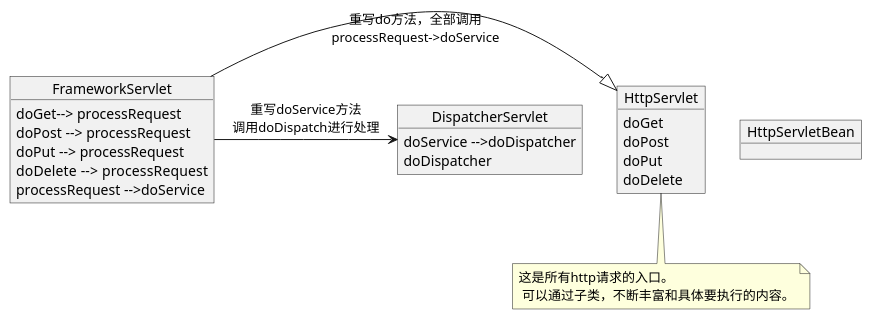
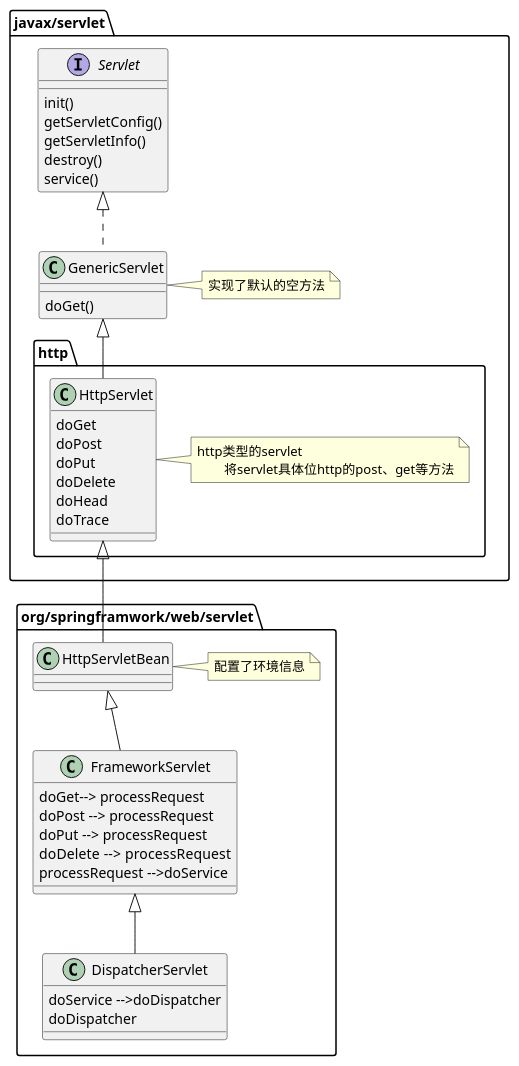
The diagram in Spring/Springboot/06 web开发.md (Estom/notes), drawn with PlantUML before and after one commit. The commit also changed other lines of this file and 30 other files, not shown here.

````diff
--- a/Spring/Springboot/06 web开发.md
+++ b/Spring/Springboot/06 web开发.md
@@ -11,39 +326,63 @@
 ```plantuml
 @startuml
 
-object HttpServlet{
-    doGet
-    doPost
-    doPut
-    doDelete
-}
-note bottom : 这是所有http请求的入口。\
-\n 可以通过子类，不断丰富和具体要执行的内容。
+package javax/servlet{
 
+    interface Servlet{
+        init()
+        getServletConfig()
+        getServletInfo()
+        destroy()
+        service()
+    }
 
-object HttpServletBean{
+    class GenericServlet implements Servlet{
+        doGet()
+    }
+    note right: 实现了默认的空方法
+
+    package http{
+        class HttpServlet{
+            doGet
+            doPost
+            doPut
+            doDelete
+            doHead
+            doTrace
+        }
+        note right : http类型的servlet\n\
+        将servlet具体位http的post、get等方法
+
+        GenericServlet <|-- HttpServlet
+    }
 
 }
 
-object FrameworkServlet{
-    doGet--> processRequest 
-    doPost --> processRequest 
-    doPut --> processRequest 
-    doDelete  --> processRequest 
-    processRequest -->doService 
-}
-
-object DispatcherServlet{
-    doService -->doDispatcher 
-    doDispatcher 
-}
 
 
-FrameworkServlet -|> HttpServlet : 重写do方法，全部调用\nprocessRequest->doService
+namespace org/springframwork/web/servlet{
+    
+    class HttpServletBean{
 
-FrameworkServlet -> DispatcherServlet : 重写doService方法\n调用doDispatch进行处理
+    }
+    note right: 配置了环境信息
 
+    HttpServlet <|-- HttpServletBean
+
+    class FrameworkServlet extends HttpServletBean{
+        doGet--> processRequest 
+        doPost --> processRequest 
+        doPut --> processRequest 
+        doDelete  --> processRequest 
+        processRequest -->doService 
+    }
+
+    class DispatcherServlet extends FrameworkServlet{
+        doService -->doDispatcher 
+        doDispatcher 
+    }
+}
 
 
 @enduml
 ```
````
